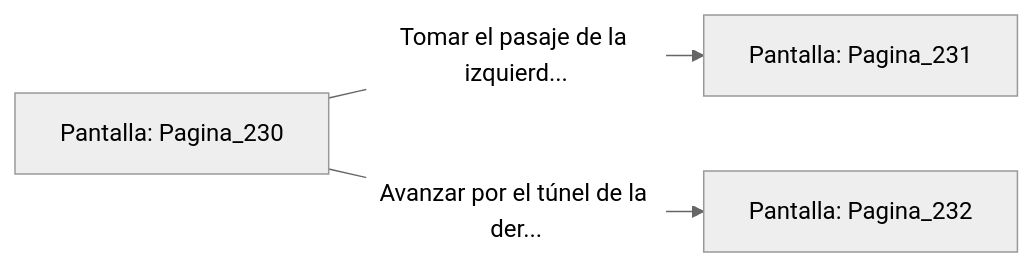
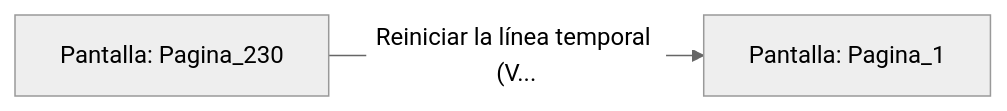
Before and after one commit to metsuke/mpl: the diagram in sample/eligejuego-vault/Pantalla_Pagina_230.md, drawn with Mermaid (neutral theme). The commit also changed other lines of this file and 635 other files, not shown here.

First line of the commit message:
fix: añadir Pagina_1 como pantalla inicial en capitulo_01.mpl

````diff
--- a/sample/eligejuego-vault/Pantalla_Pagina_230.md
+++ b/sample/eligejuego-vault/Pantalla_Pagina_230.md
@@ -20,6 +17,5 @@
 ```mermaid
 graph LR
     P_Pagina_230["Pantalla: Pagina_230"]
-    P_Pagina_230 -->|"Tomar el pasaje de la izquierd..."| P_Pagina_231["Pantalla: Pagina_231"]
-    P_Pagina_230 -->|"Avanzar por el túnel de la der..."| P_Pagina_232["Pantalla: Pagina_232"]
+    P_Pagina_230 -->|"Reiniciar la línea temporal (V..."| P_Pagina_1["Pantalla: Pagina_1"]
 ```
````
